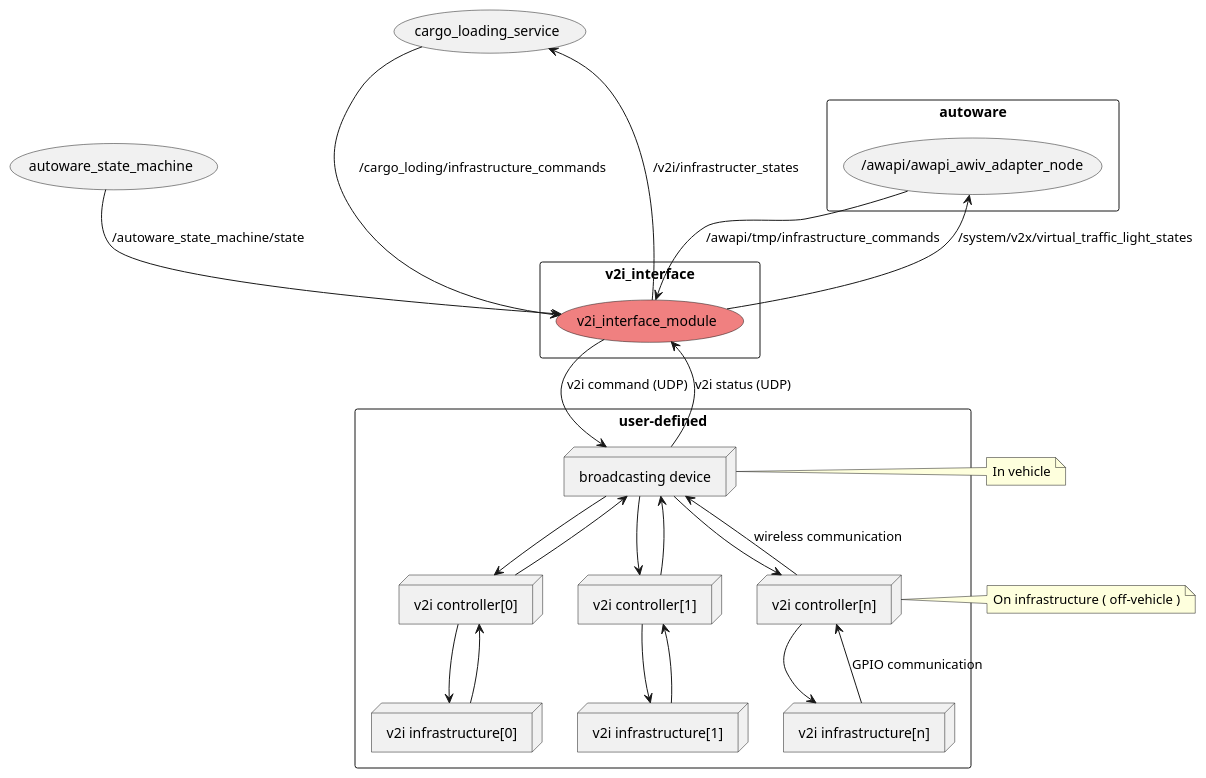
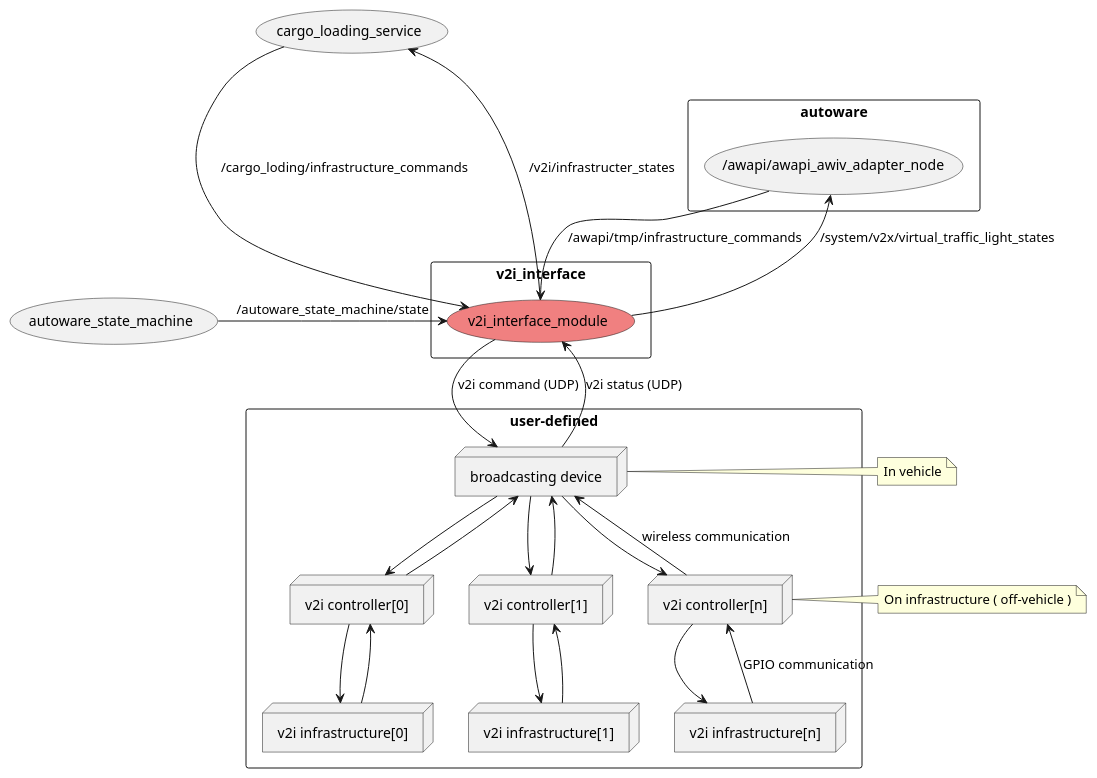
One commit to sfukuta/v2i_interface changed the diagram in docs/node_graph.pu. Above: the diagram before and after it, drawn with PlantUML.

```diff
--- a/docs/node_graph.pu
+++ b/docs/node_graph.pu
@@ -1,48 +1,48 @@
 @startuml
 
 rectangle autoware {
   usecase "/awapi/awapi_awiv_adapter_node"
 }
 usecase "autoware_state_machine"
 rectangle "v2i_interface" as v2i {
 usecase "v2i_interface_module" #LightCoral
 } 
 rectangle user-defined {
   node "broadcasting device"
   node "v2i controller[0]" as v2ictl_0
   node "v2i controller[1]" as v2ictl_1
   node "v2i controller[n]" as v2ictl_n
   node "v2i infrastructure[0]" as v2ihw_0
   node "v2i infrastructure[1]" as v2ihw_1
   node "v2i infrastructure[n]" as v2ihw_n
 }
 usecase "cargo_loading_service"
 
 (/awapi/awapi_awiv_adapter_node) --> (v2i_interface_module) : /awapi/tmp/infrastructure_commands
 (/awapi/awapi_awiv_adapter_node) <-- (v2i_interface_module) : /system/v2x/virtual_traffic_light_states
-(autoware_state_machine) --> (v2i_interface_module) : /autoware_state_machine/state
+(autoware_state_machine) -> (v2i_interface_module) : /autoware_state_machine/state
 (cargo_loading_service) ---> (v2i_interface_module) : /cargo_loding/infrastructure_commands
 (cargo_loading_service) <-- (v2i_interface_module) :/v2i/infrastructer_states
 (v2i_interface_module) --> (broadcasting device) : v2i command (UDP)
 (v2i_interface_module) <-- (broadcasting device) : v2i status (UDP)
 (broadcasting device) --> (v2ictl_0)
 (broadcasting device) <-- (v2ictl_0)
 (broadcasting device) --> (v2ictl_1)
 (broadcasting device) <-- (v2ictl_1)
 (broadcasting device) --> (v2ictl_n)
 (broadcasting device) <-- (v2ictl_n) : wireless communication
 
 (v2ictl_0) -[hidden] (v2ictl_1)
 (v2ictl_1) -[hidden] (v2ictl_n)
 
 (v2ictl_0) --> (v2ihw_0)
 (v2ictl_0) <-- (v2ihw_0)
 (v2ictl_1) --> (v2ihw_1)
 (v2ictl_1) <-- (v2ihw_1)
 (v2ictl_n) --> (v2ihw_n)
 (v2ictl_n) <-- (v2ihw_n) : GPIO communication
 
 note right of "broadcasting device" : In vehicle
 note right of v2ictl_n : On infrastructure ( off-vehicle )
 
 @enduml
```
